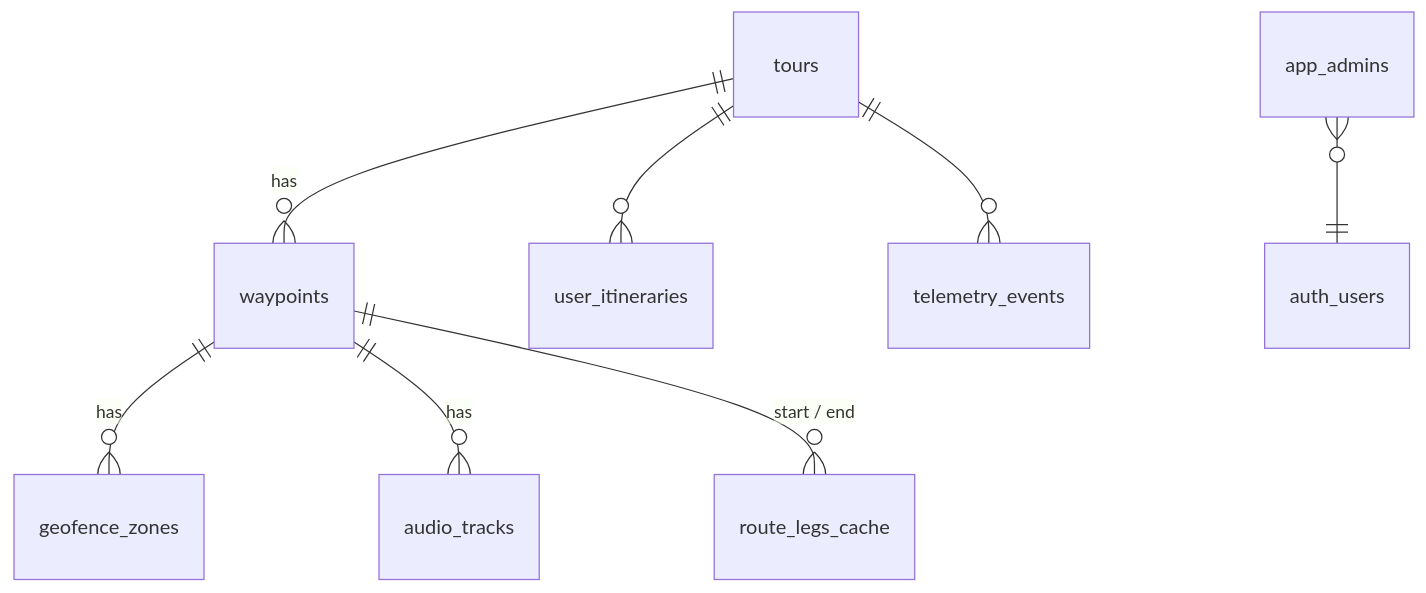
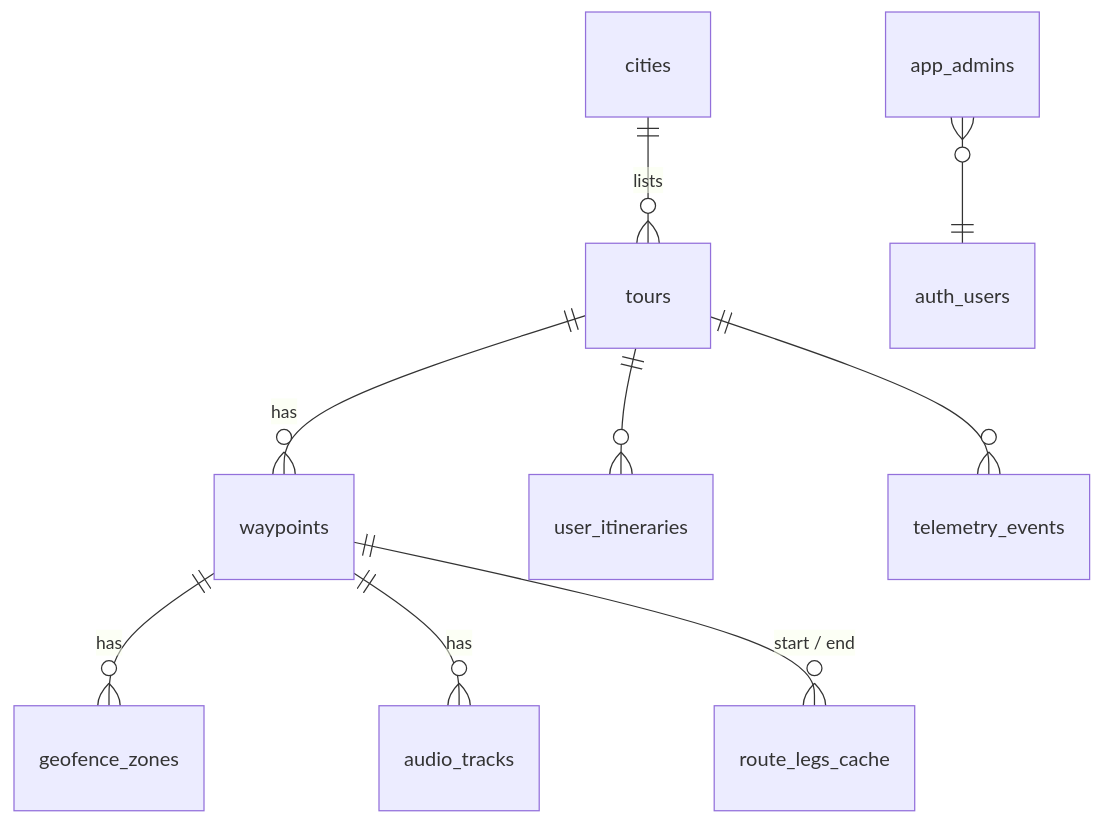
Before and after one commit to dyosef78/audio-tour-app: the second of 5 diagrams in docs/ARCHITECTURE.md, drawn with Mermaid. The commit also changed other lines of this file and 25 other files, not shown here.

First line of the commit message:
TASK-1101: onboarding flow UI and cities

````diff
--- a/docs/ARCHITECTURE.md
+++ b/docs/ARCHITECTURE.md
@@ -123,10 +126,11 @@
 ```mermaid
 erDiagram
+  cities ||--o{ tours : lists
   tours ||--o{ waypoints : has
   waypoints ||--o{ geofence_zones : has
   waypoints ||--o{ audio_tracks : has
   waypoints ||--o{ route_legs_cache : "start / end"
   tours ||--o{ user_itineraries : ""
   tours ||--o{ telemetry_events : ""
   app_admins }o--|| auth_users : ""
 ```
````
